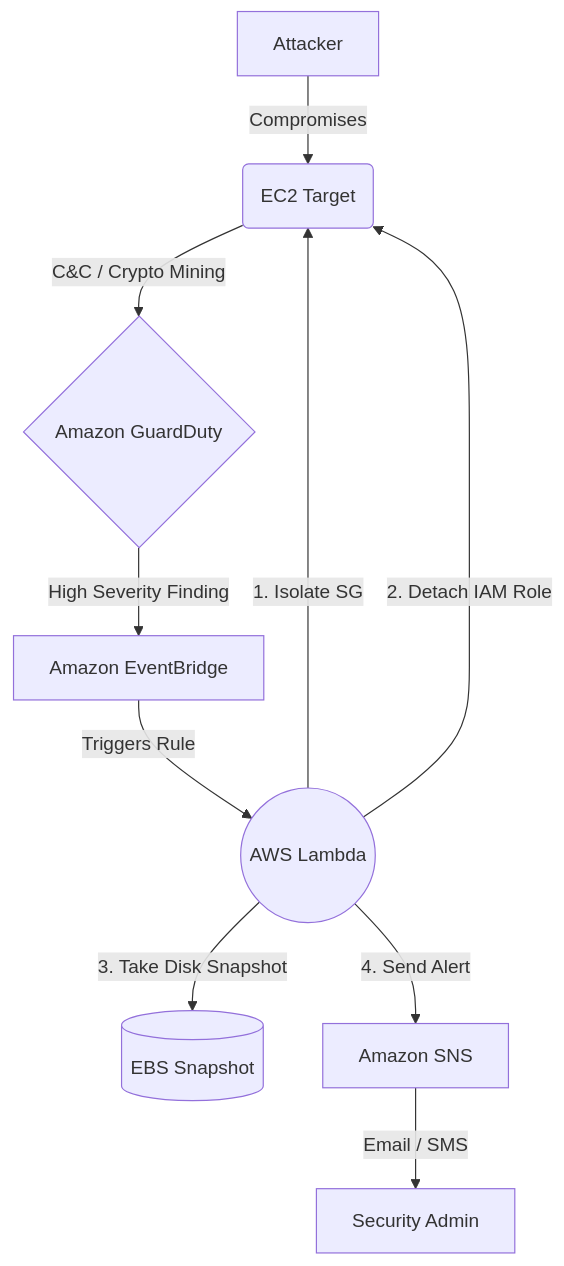
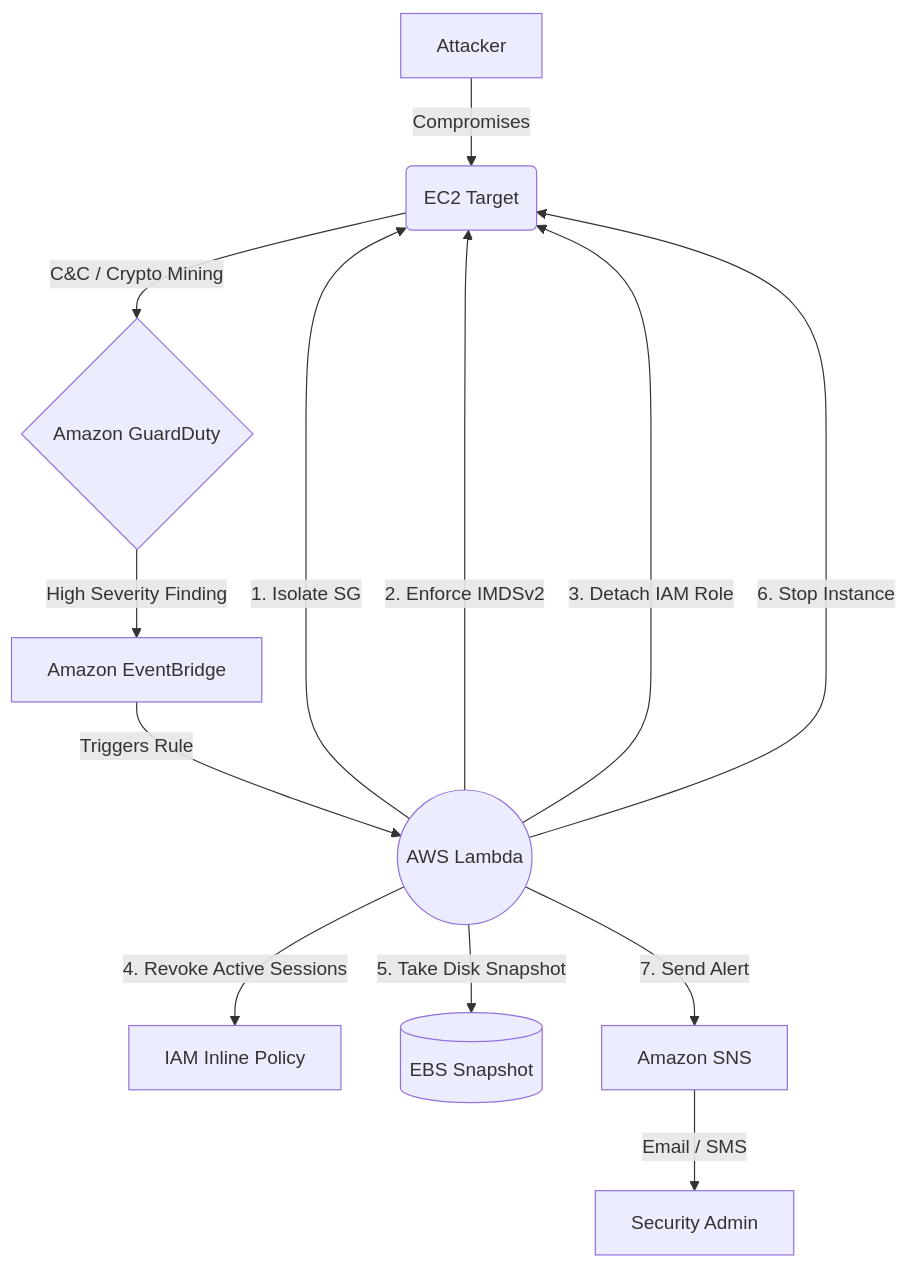
Before and after one commit to thtcsec/AWS-Serverless-SOAR: the diagram in README.md, drawn with Mermaid. The commit also changed other lines of this file and 2 other files, not shown here.

Commit message:
feat: add IMDSv2 enforcement and IAM active session revocation

````diff
--- a/README.md
+++ b/README.md
@@ -7,13 +7,16 @@
 ```mermaid
 graph TD
   A[Attacker] -->|Compromises| B(EC2 Target)
   B -->|C&C / Crypto Mining| C{Amazon GuardDuty}
   C -->|High Severity Finding| D[Amazon EventBridge]
   D -->|Triggers Rule| E((AWS Lambda))
   
   E -->|1. Isolate SG| B
-  E -->|2. Detach IAM Role| B
-  E -->|3. Take Disk Snapshot| F[(EBS Snapshot)]
-  E -->|4. Send Alert| G[Amazon SNS]
+  E -->|2. Enforce IMDSv2| B
+  E -->|3. Detach IAM Role| B
+  E -->|4. Revoke Active Sessions| I[IAM Inline Policy]
+  E -->|5. Take Disk Snapshot| F[(EBS Snapshot)]
+  E -->|6. Stop Instance| B
+  E -->|7. Send Alert| G[Amazon SNS]
   G -->|"Email / SMS"| H[Security Admin]
 ```
````
